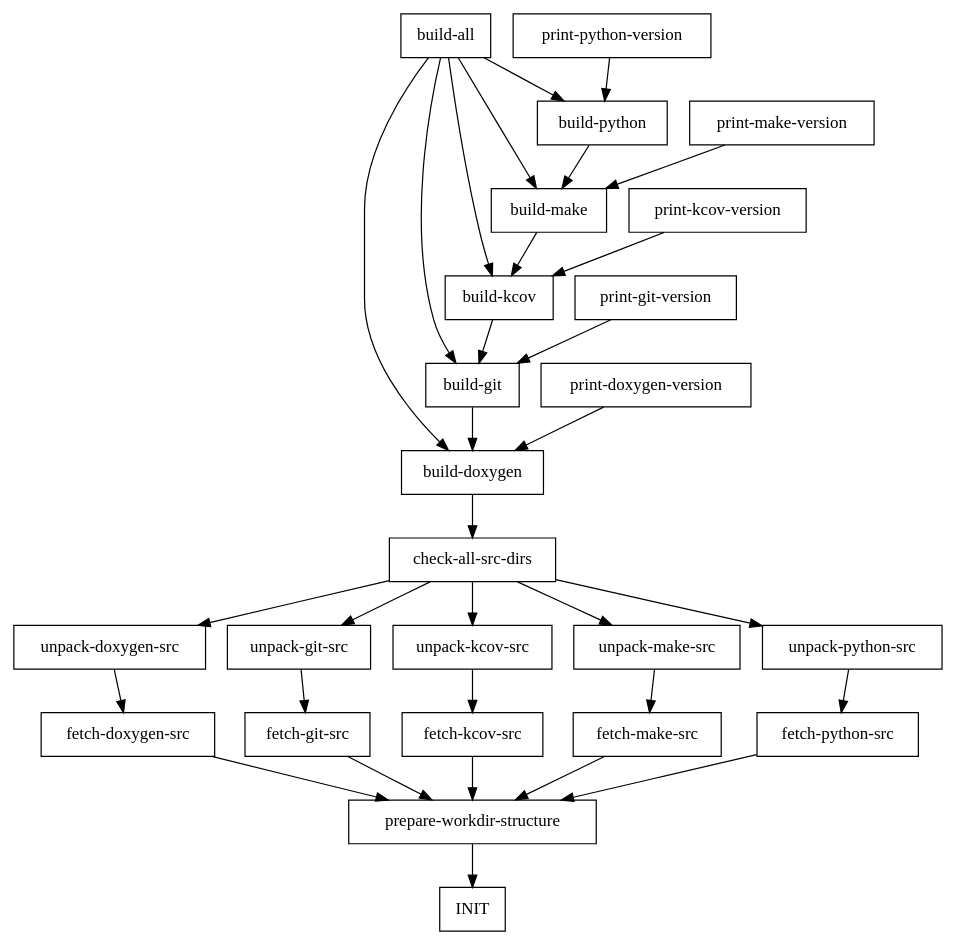
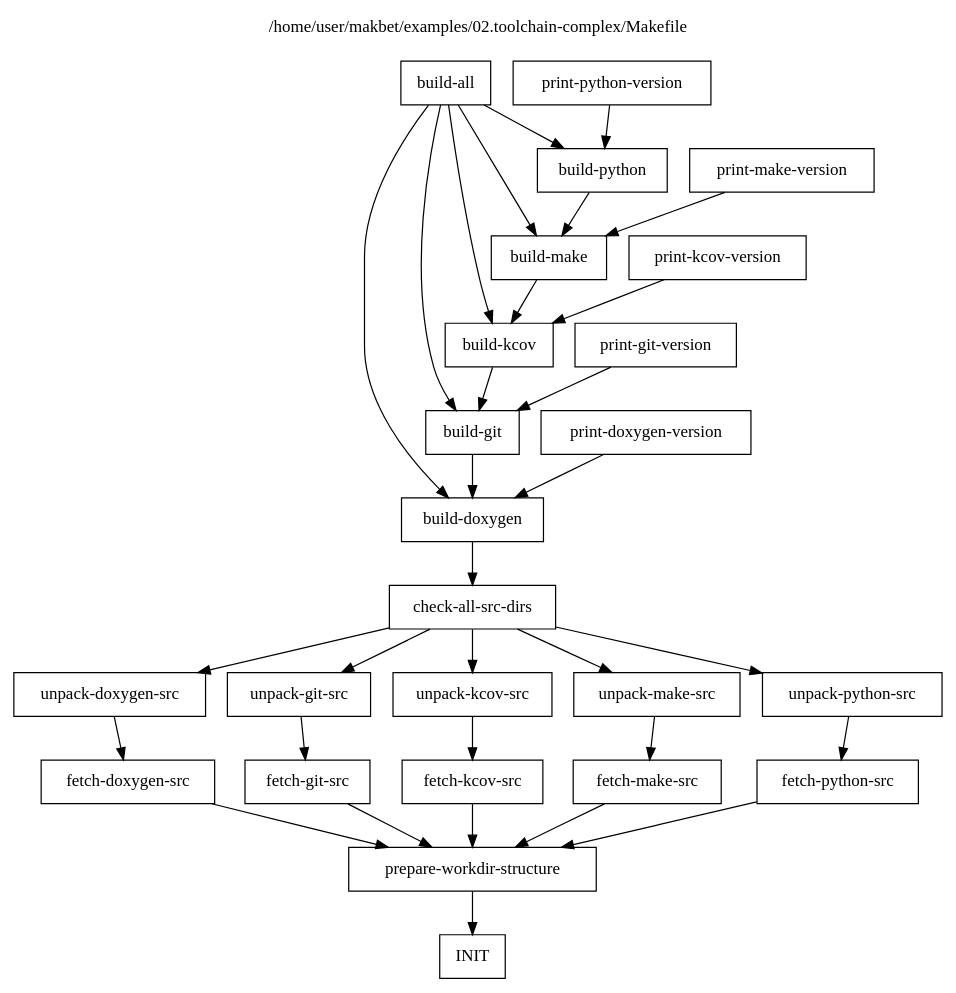
The diagram in docs/examples/02.toolchain-complex/results.dot (skaluzka/makbet), drawn with Graphviz before and after one commit. The commit also changed other lines of this file and 9 other files, not shown here.

```diff
--- a/docs/examples/02.toolchain-complex/results.dot
+++ b/docs/examples/02.toolchain-complex/results.dot
@@ -1,69 +1,71 @@
-
 digraph {
 
-	// Generated automatically by makbet heads/master-0-g351d0e3
-	// Generation date: Sat 08 Aug 2020 10:55:27 PM CEST
+	// Generated automatically by makbet heads/master-0-g88262d1
+	// Generation date: Wed 19 Aug 2020 01:21:07 AM CEST
 	// Input: /home/user/makbet/examples/02.toolchain-complex/Makefile
+
+	// Graph title.
+	labelloc="t";
+	label="/home/user/makbet/examples/02.toolchain-complex/Makefile\n\n"
 
 	node [shape=box];
 
 	"build-all" -> "build-doxygen";
 	"build-all" -> "build-git";
 	"build-all" -> "build-kcov";
 	"build-all" -> "build-make";
 	"build-all" -> "build-python";
 
 	"build-doxygen" -> "check-all-src-dirs";
 
 	"build-git" -> "build-doxygen";
 
 	"build-kcov" -> "build-git";
 
 	"build-make" -> "build-kcov";
 
 	"build-python" -> "build-make";
 
 	"check-all-src-dirs" -> "unpack-doxygen-src";
 	"check-all-src-dirs" -> "unpack-git-src";
 	"check-all-src-dirs" -> "unpack-kcov-src";
 	"check-all-src-dirs" -> "unpack-make-src";
 	"check-all-src-dirs" -> "unpack-python-src";
 
 	"fetch-doxygen-src" -> "prepare-workdir-structure";
 
 	"fetch-git-src" -> "prepare-workdir-structure";
 
 	"fetch-kcov-src" -> "prepare-workdir-structure";
 
 	"fetch-make-src" -> "prepare-workdir-structure";
 
 	"fetch-python-src" -> "prepare-workdir-structure";
 
 	"INIT";
 
 	"prepare-workdir-structure" -> "INIT";
 
 	"print-doxygen-version" -> "build-doxygen";
 
 	"print-git-version" -> "build-git";
 
 	"print-kcov-version" -> "build-kcov";
 
 	"print-make-version" -> "build-make";
 
 	"print-python-version" -> "build-python";
 
 	"unpack-doxygen-src" -> "fetch-doxygen-src";
 
 	"unpack-git-src" -> "fetch-git-src";
 
 	"unpack-kcov-src" -> "fetch-kcov-src";
 
 	"unpack-make-src" -> "fetch-make-src";
 
 	"unpack-python-src" -> "fetch-python-src";
 
-
 	// End of file
 
 }
```
